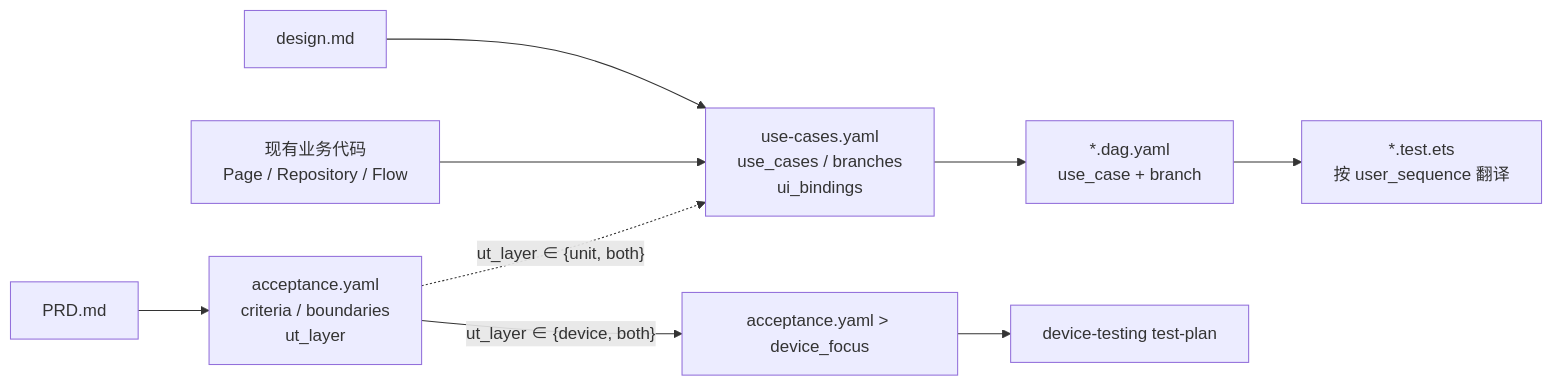
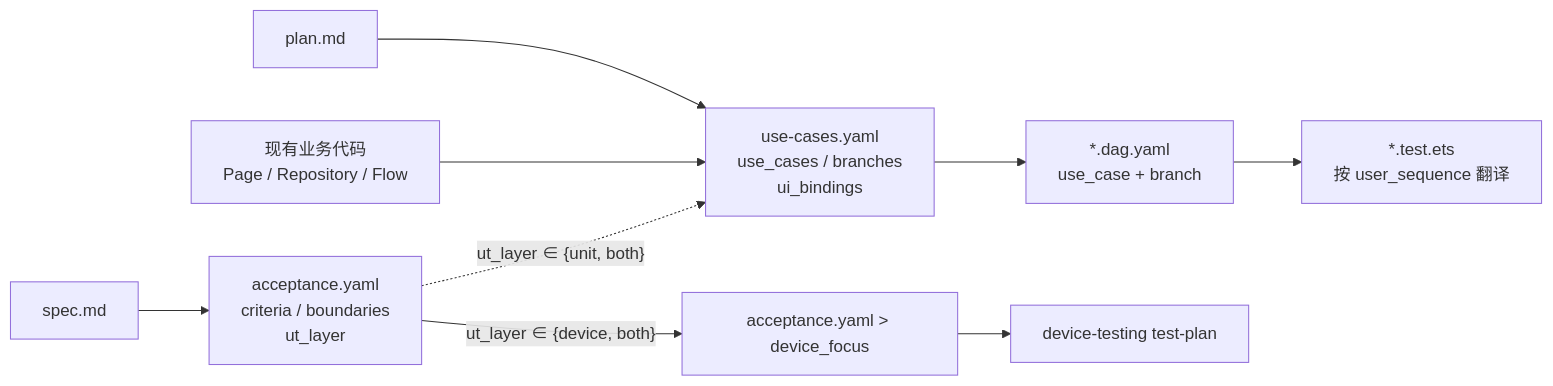
Before and after one commit to sqsqsq/SimulatedWalletForHmos: the diagram in framework/profiles/generic/skills/business-ut/templates/use-cases-schema.md, drawn with Mermaid. The commit also changed other lines of this file and 280 other files, not shown here.

````diff
--- a/framework/profiles/generic/skills/business-ut/templates/use-cases-schema.md
+++ b/framework/profiles/generic/skills/business-ut/templates/use-cases-schema.md
@@ -145,11 +145,11 @@
 ```mermaid
 flowchart LR
-  PRD["PRD.md"] --> AC["acceptance.yaml<br>criteria / boundaries<br>ut_layer"]
-  DESIGN["design.md"] --> UC["use-cases.yaml<br>use_cases / branches<br>ui_bindings"]
+  SPEC["spec.md"] --> AC["acceptance.yaml<br>criteria / boundaries<br>ut_layer"]
+  DESIGN["plan.md"] --> UC["use-cases.yaml<br>use_cases / branches<br>ui_bindings"]
   CODE["现有业务代码<br>Page / Repository / Flow"] --> UC
   AC -. "ut_layer ∈ {unit, both}" .-> UC
   UC --> DAG["*.dag.yaml<br>use_case + branch"]
   DAG --> UT["*.test.ets<br>按 user_sequence 翻译"]
   AC -->|"ut_layer ∈ {device, both}"| TODO["acceptance.yaml > device_focus"]
   TODO --> S6["device-testing test-plan"]
 ```
````
